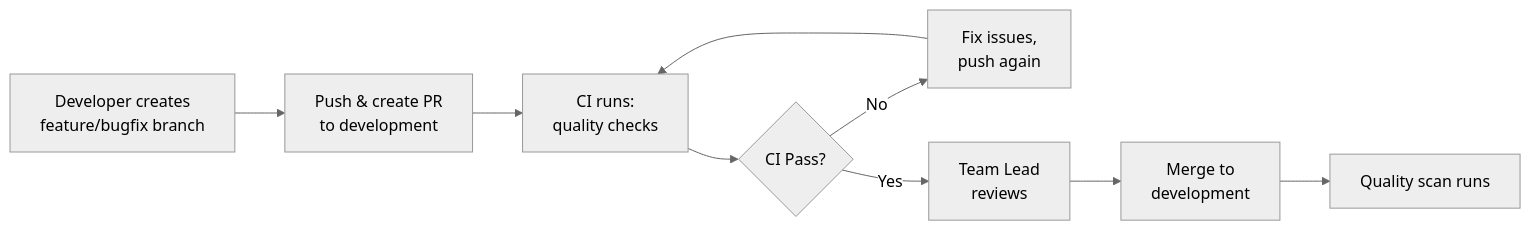
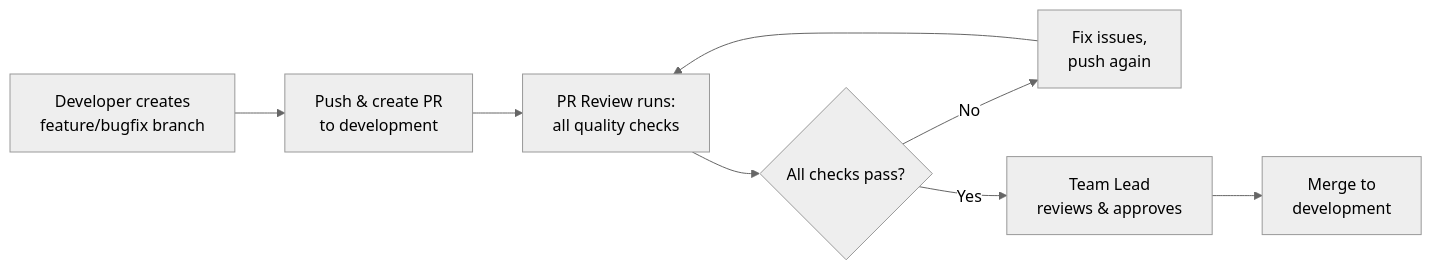
The diagram in .github/DEVELOPER_WORKFLOW.md (Dcodaxproducts/music_transfer), drawn with Mermaid (neutral theme) before and after one commit. The commit also changed other lines of this file and 1 other file, not shown here.

````diff
--- a/.github/DEVELOPER_WORKFLOW.md
+++ b/.github/DEVELOPER_WORKFLOW.md
@@ -198,11 +195,10 @@
 ```mermaid
 graph LR
     A[Developer creates<br/>feature/bugfix branch] --> B[Push & create PR<br/>to development]
-    B --> C[CI runs:<br/>quality checks]
-    C --> D{CI Pass?}
+    B --> C[PR Review runs:<br/>all quality checks]
+    C --> D{All checks pass?}
     D -->|No| E[Fix issues,<br/>push again]
     E --> C
-    D -->|Yes| F[Team Lead<br/>reviews]
+    D -->|Yes| F[Team Lead<br/>reviews & approves]
     F --> G[Merge to<br/>development]
-    G --> H[Quality scan runs]
 ```
````
